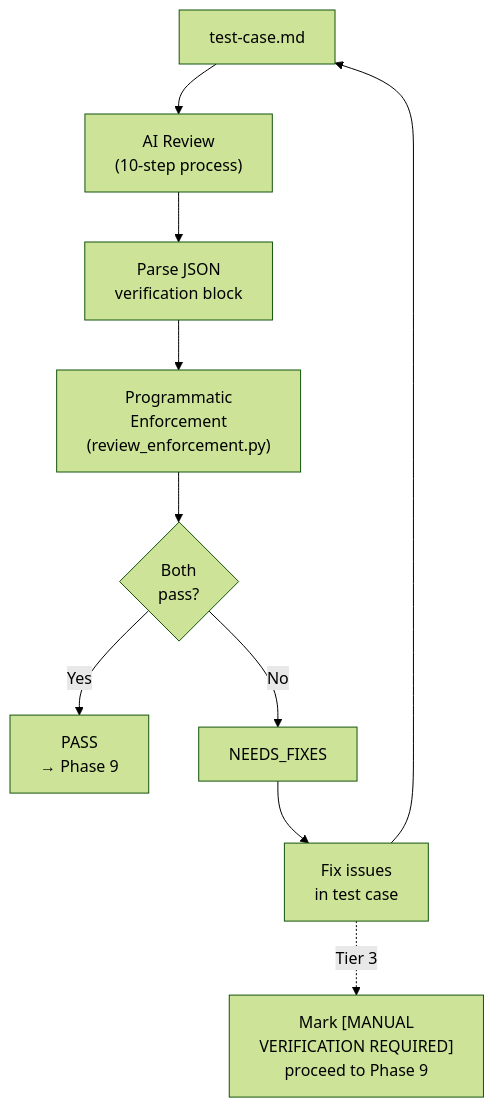
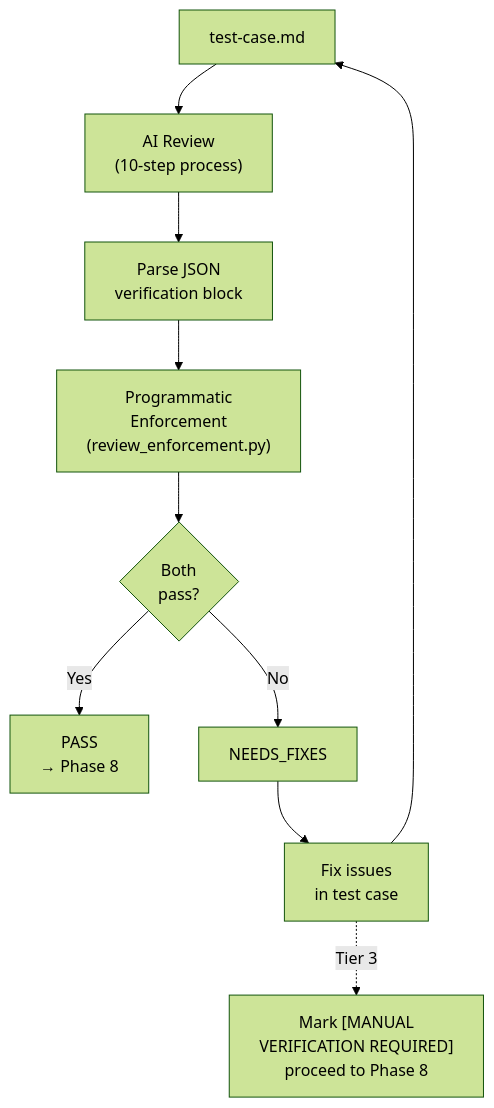
Before and after one commit to stolostron/acm-ai-qe: the seventh of 7 diagrams in docs/test-case-generator/07-SKILL-ARCHITECTURE.md, drawn with Mermaid (forest theme). The commit also changed other lines of this file and 25 other files, not shown here.

````diff
--- a/docs/test-case-generator/07-SKILL-ARCHITECTURE.md
+++ b/docs/test-case-generator/07-SKILL-ARCHITECTURE.md
@@ -648,14 +643,14 @@
 ```mermaid
 flowchart TD
     TC[test-case.md] --> AIR["AI Review\n(10-step process)"]
     AIR --> JSON["Parse JSON\nverification block"]
     JSON --> PE["Programmatic\nEnforcement\n(review_enforcement.py)"]
     PE --> CHECK{Both\npass?}
 
-    CHECK -->|Yes| PASS["PASS\n→ Phase 9"]
+    CHECK -->|Yes| PASS["PASS\n→ Phase 8"]
     CHECK -->|No| FIXES["NEEDS_FIXES"]
     FIXES --> FIX["Fix issues\nin test case"]
     FIX --> TC
 
-    FIX -.Tier 3.-> ABORT["Mark [MANUAL\nVERIFICATION REQUIRED]\nproceed to Phase 9"]
+    FIX -.Tier 3.-> ABORT["Mark [MANUAL\nVERIFICATION REQUIRED]\nproceed to Phase 8"]
 ```
````
